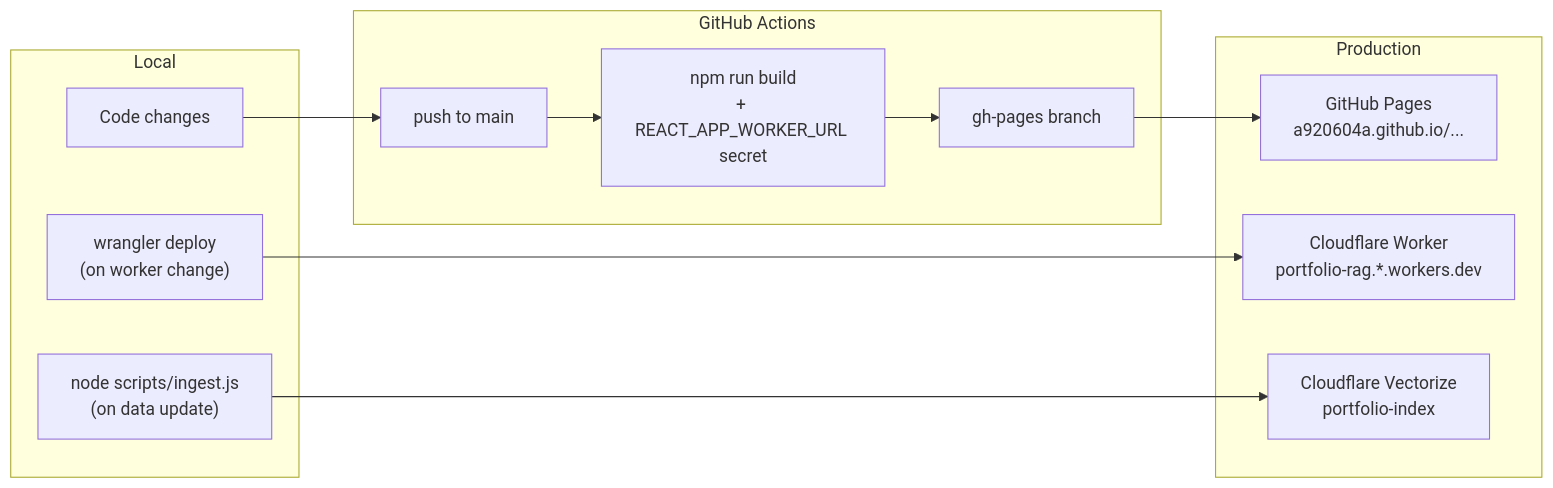
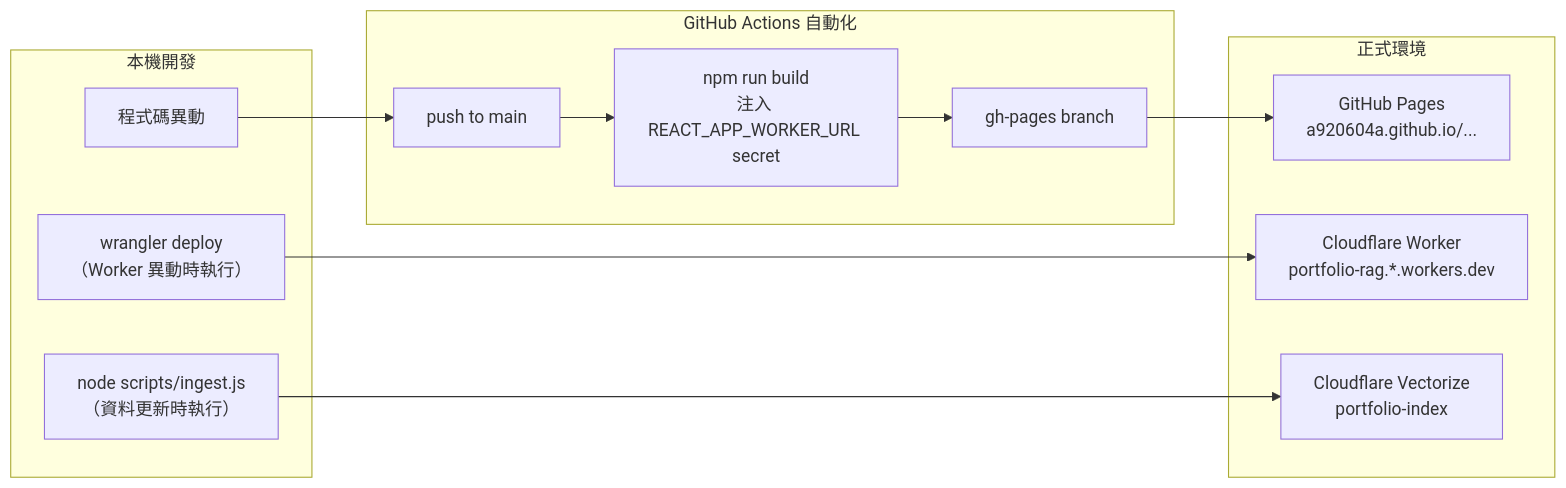
One commit to a920604a/self-reusme-website changed the seventh of 7 diagrams in docs/architecture.md. Above: the diagram before and after it, drawn with Mermaid. The commit also changed other lines of this file, not shown here.

Commit message:
feat: enhance architecture documentation with detailed component diagrams and data flow

````diff
--- a/docs/architecture.md
+++ b/docs/architecture.md
@@ -176,24 +176,24 @@
 ```mermaid
 flowchart LR
-    subgraph Dev["Local"]
-        CODE["Code changes"]
-        INGEST["node scripts/ingest.js\n(on data update)"]
-        WDEPLOY["wrangler deploy\n(on worker change)"]
+    subgraph Dev["本機開發"]
+        CODE["程式碼異動"]
+        INGEST["node scripts/ingest.js\n（資料更新時執行）"]
+        WDEPLOY["wrangler deploy\n（Worker 異動時執行）"]
     end
 
-    subgraph CI["GitHub Actions"]
+    subgraph CI["GitHub Actions 自動化"]
         PUSH["push to main"]
-        BUILD["npm run build\n+ REACT_APP_WORKER_URL secret"]
+        BUILD["npm run build\n注入 REACT_APP_WORKER_URL secret"]
         GHPAGES["gh-pages branch"]
     end
 
-    subgraph Prod["Production"]
+    subgraph Prod["正式環境"]
         GHP["GitHub Pages\na920604a.github.io/..."]
         CFW["Cloudflare Worker\nportfolio-rag.*.workers.dev"]
         VZI["Cloudflare Vectorize\nportfolio-index"]
     end
 
     CODE --> PUSH --> BUILD --> GHPAGES --> GHP
     WDEPLOY --> CFW
     INGEST --> VZI
 ```
````
